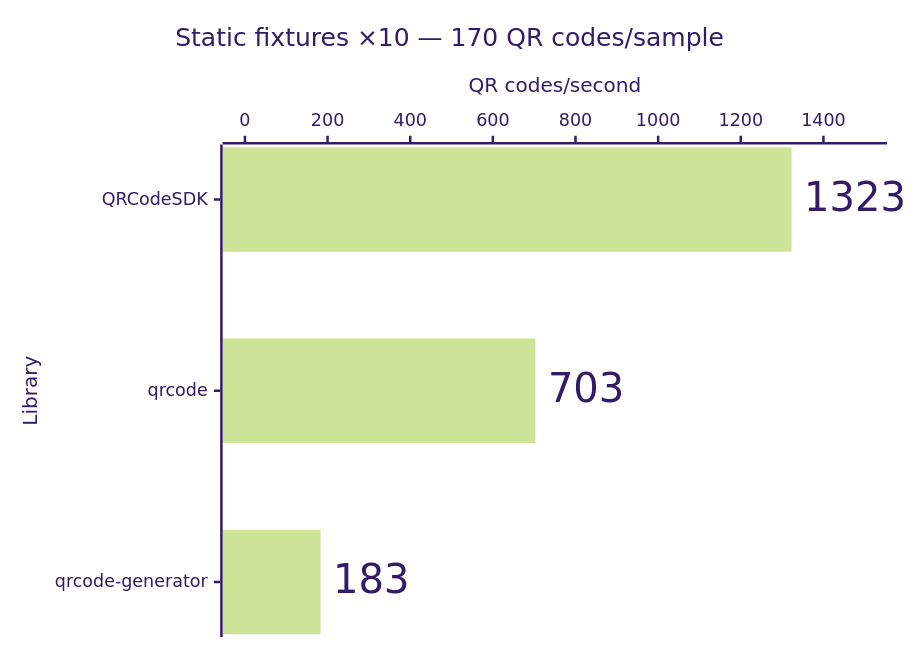
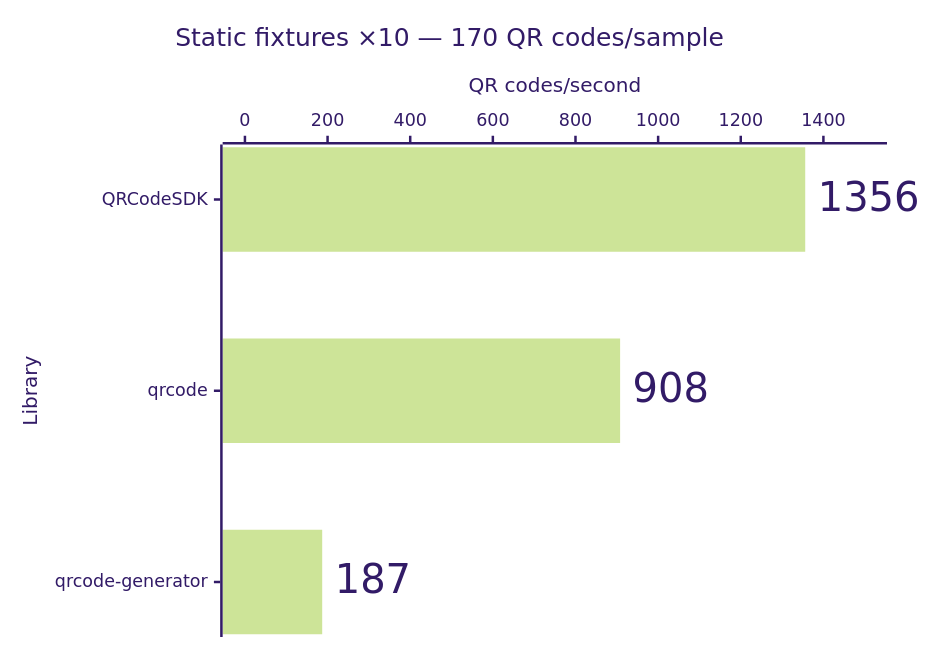
The sixth of 14 diagrams in apps/docs/src/content/docs/learn/performance.md (Dafnik/qrcodesdk), drawn with Mermaid (forest theme) before and after one commit. The commit also changed other lines of this file and 381 other files, not shown here.

````diff
--- a/apps/docs/src/content/docs/learn/performance.md
+++ b/apps/docs/src/content/docs/learn/performance.md
@@ -131,15 +131,15 @@
 ```mermaid
 ---
 config:
   xyChart:
     showDataLabel: true
     showDataLabelOutsideBar: true
 ---
 xychart horizontal
   accTitle: Automatic matrix generation: Static fixtures ×10 — 170 QR codes/sample
-  accDescr: Throughput calculated from median time. QRCodeSDK 1,323 QR codes per second, qrcode 703 QR codes per second, qrcode-generator 183 QR codes per second. Higher is better.
+  accDescr: Throughput calculated from median time. QRCodeSDK 1,356 QR codes per second, qrcode 908 QR codes per second, qrcode-generator 187 QR codes per second. Higher is better.
   title "Static fixtures ×10 — 170 QR codes/sample"
   x-axis "Library" ["QRCodeSDK", "qrcode", "qrcode-generator"]
   y-axis "QR codes/second" 0 --> 1500
-  bar [1323, 703, 183]
+  bar [1356, 908, 187]
 ```
````
